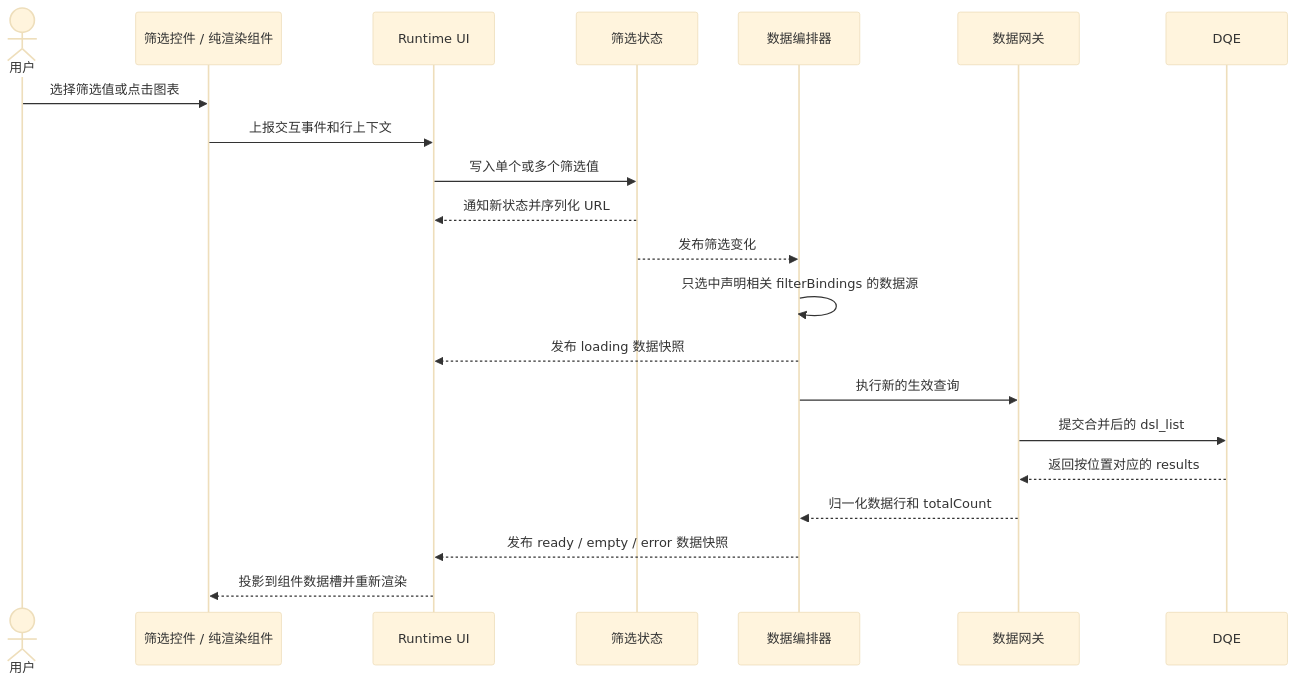
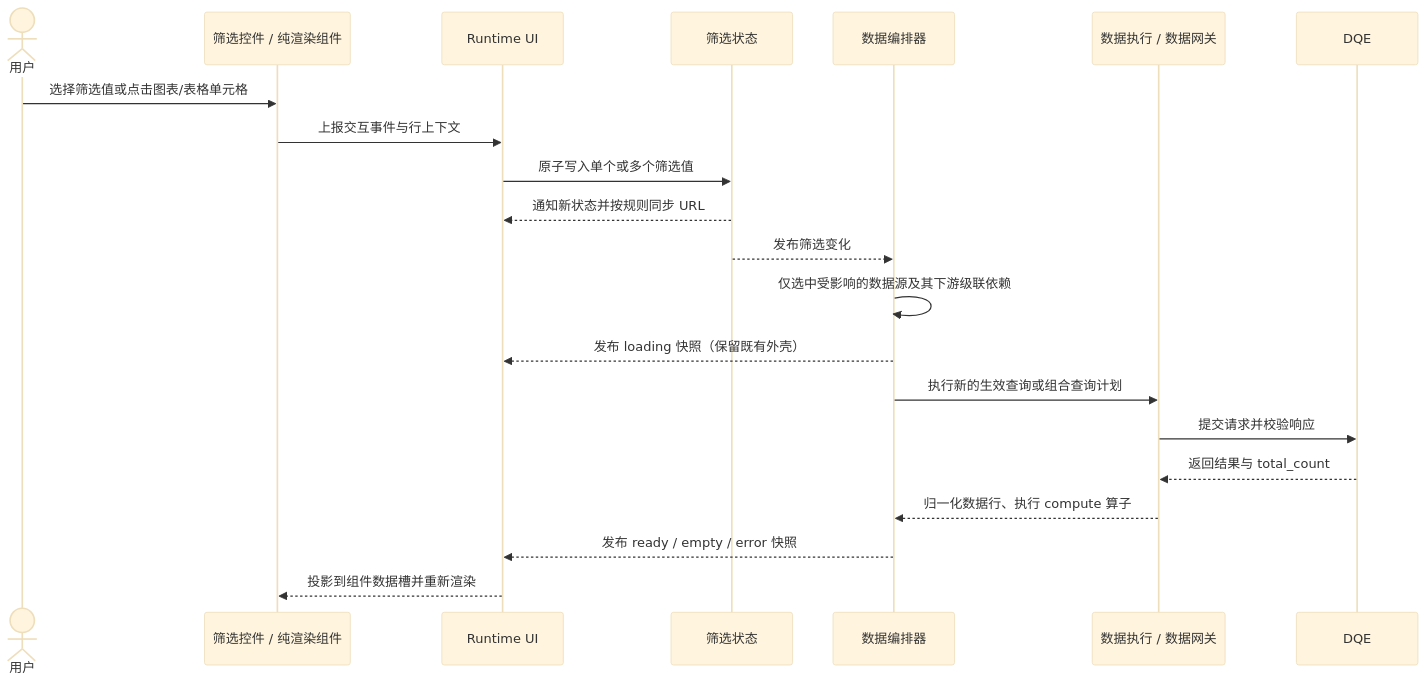
Before and after one commit to CCharlesMeng/MetricCanvas: the fourth of 4 diagrams in docs/frontend-runtime-capabilities.md, drawn with Mermaid (base theme). The commit also changed other lines of this file and 84 other files, not shown here.

Commit message:
chore: Wave 1A repo hygiene, plan archiving, doc consolidation, and ARCHITECTURE.md

````diff
--- a/docs/frontend-runtime-capabilities.md
+++ b/docs/frontend-runtime-capabilities.md
@@ -231,24 +230,24 @@
 ```mermaid
 sequenceDiagram
   actor user as 用户
   participant view as 筛选控件 / 纯渲染组件
   participant ui as Runtime UI
   participant state as 筛选状态
   participant runtime as 数据编排器
-  participant gateway as 数据网关
+  participant gateway as 数据执行 / 数据网关
   participant dqe as DQE
 
-  user->>view: 选择筛选值或点击图表
-  view->>ui: 上报交互事件和行上下文
-  ui->>state: 写入单个或多个筛选值
-  state-->>ui: 通知新状态并序列化 URL
+  user->>view: 选择筛选值或点击图表/表格单元格
+  view->>ui: 上报交互事件与行上下文
+  ui->>state: 原子写入单个或多个筛选值
+  state-->>ui: 通知新状态并按规则同步 URL
   state-->>runtime: 发布筛选变化
-  runtime->>runtime: 只选中声明相关 filterBindings 的数据源
-  runtime-->>ui: 发布 loading 数据快照
-  runtime->>gateway: 执行新的生效查询
-  gateway->>dqe: 提交合并后的 dsl_list
-  dqe-->>gateway: 返回按位置对应的 results
-  gateway-->>runtime: 归一化数据行和 totalCount
-  runtime-->>ui: 发布 ready / empty / error 数据快照
+  runtime->>runtime: 仅选中受影响的数据源及其下游级联依赖
+  runtime-->>ui: 发布 loading 快照（保留既有外壳）
+  runtime->>gateway: 执行新的生效查询或组合查询计划
+  gateway->>dqe: 提交请求并校验响应
+  dqe-->>gateway: 返回结果与 total_count
+  gateway-->>runtime: 归一化数据行、执行 compute 算子
+  runtime-->>ui: 发布 ready / empty / error 快照
   ui-->>view: 投影到组件数据槽并重新渲染
 ```
````
